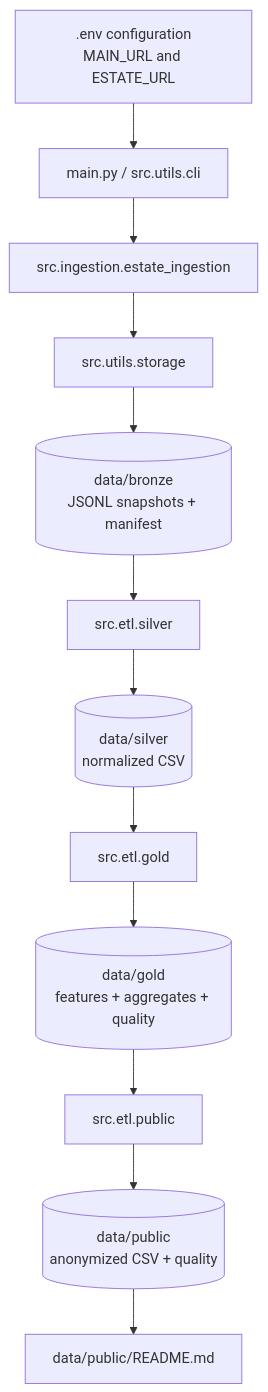
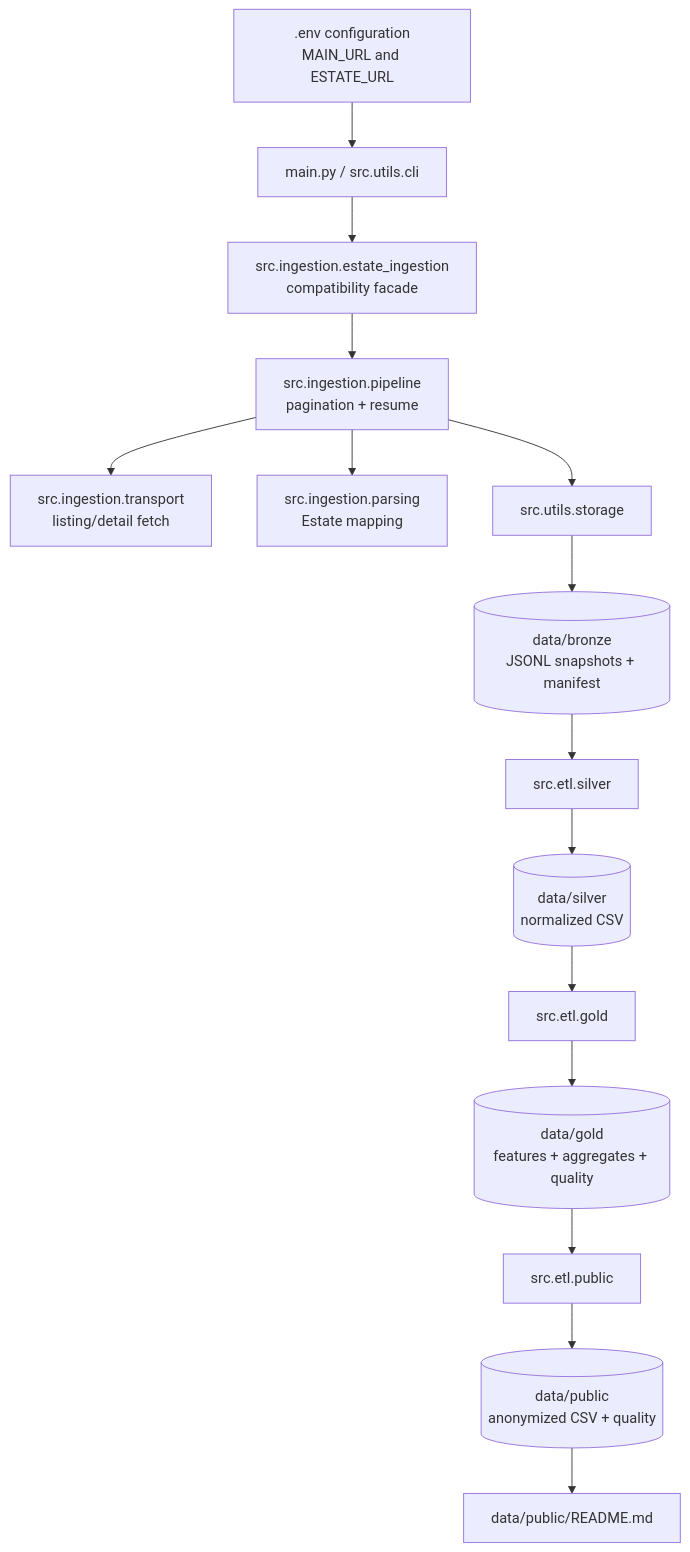
The diagram in docs/data-pipeline.md (bi3lu/polish-real-estate-price-aggregates), drawn with Mermaid before and after one commit. The commit also changed other lines of this file and 4 other files, not shown here.

````diff
--- a/docs/data-pipeline.md
+++ b/docs/data-pipeline.md
@@ -3,27 +3,33 @@
 ```mermaid
 flowchart TD
     env[.env configuration<br/>MAIN_URL and ESTATE_URL]
     cli[main.py / src.utils.cli]
-    ingestion[src.ingestion.estate_ingestion]
+    ingestion[src.ingestion.estate_ingestion<br/>compatibility facade]
+    ingestion_pipeline[src.ingestion.pipeline<br/>pagination + resume]
+    ingestion_transport[src.ingestion.transport<br/>listing/detail fetch]
+    ingestion_parsing[src.ingestion.parsing<br/>Estate mapping]
     bronze_storage[src.utils.storage]
     bronze[(data/bronze<br/>JSONL snapshots + manifest)]
     silver_etl[src.etl.silver]
     silver[(data/silver<br/>normalized CSV)]
     gold_etl[src.etl.gold]
     gold[(data/gold<br/>features + aggregates + quality)]
     public_etl[src.etl.public]
     public[(data/public<br/>anonymized CSV + quality)]
     public_readme[data/public/README.md]
 
     env --> cli
     cli --> ingestion
-    ingestion --> bronze_storage
+    ingestion --> ingestion_pipeline
+    ingestion_pipeline --> ingestion_transport
+    ingestion_pipeline --> ingestion_parsing
+    ingestion_pipeline --> bronze_storage
     bronze_storage --> bronze
     bronze --> silver_etl
     silver_etl --> silver
     silver --> gold_etl
     gold_etl --> gold
     gold --> public_etl
     public_etl --> public
     public --> public_readme
 ```
````
